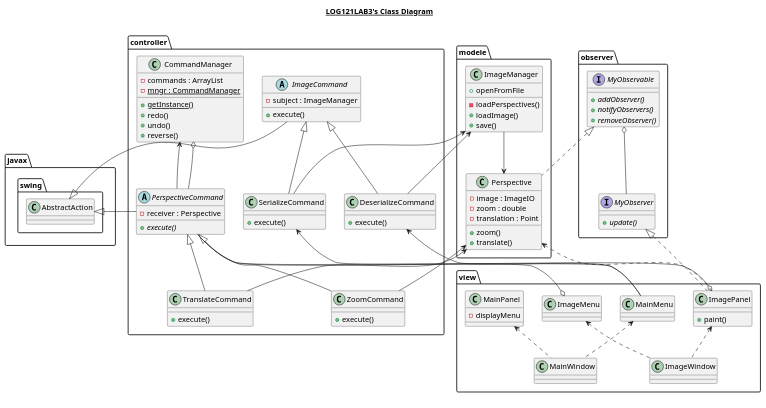
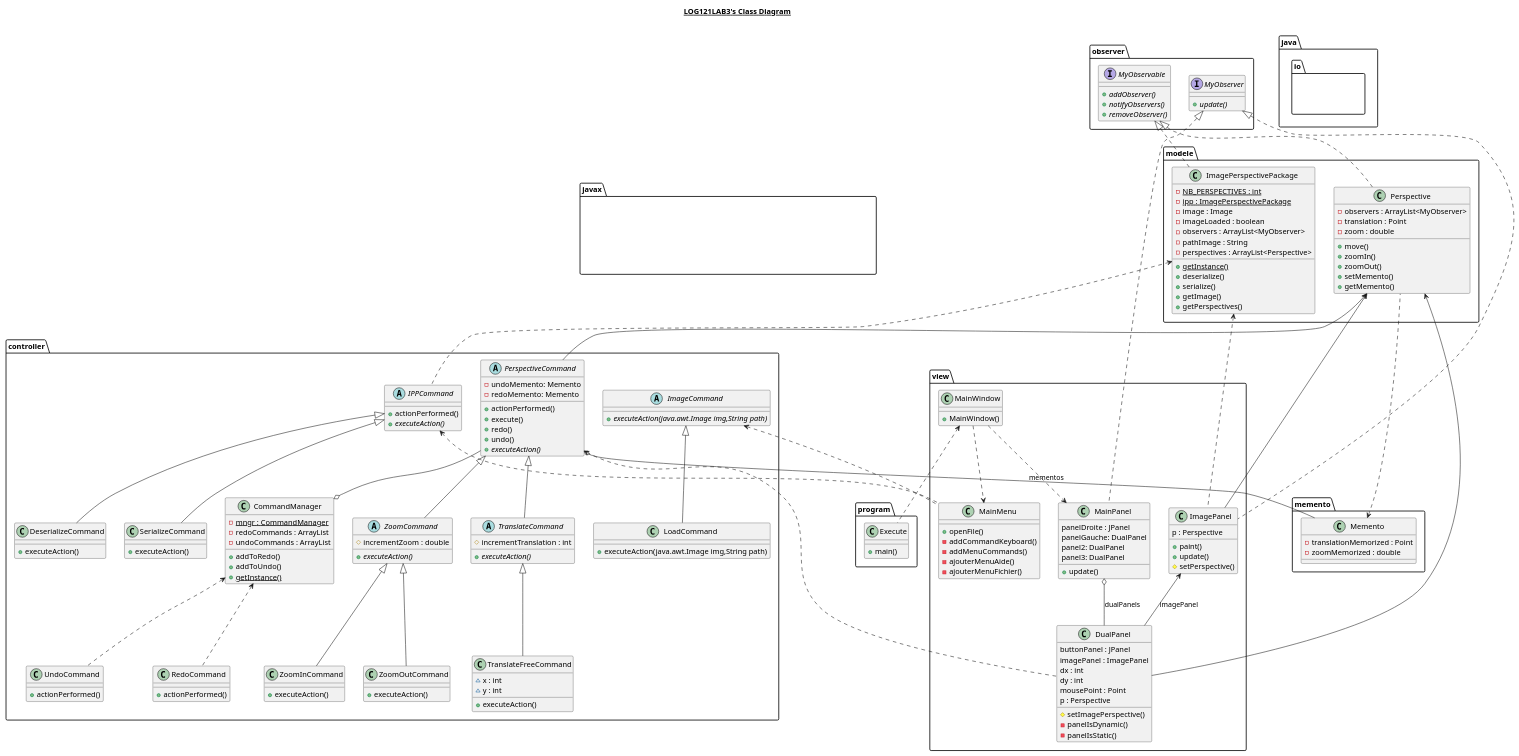
Before and after one commit to ThoLavergne/LOG121Lab3: the diagram in LOG121LAB3.plantuml, drawn with PlantUML. The commit also changed 59 other files, not shown here.

```diff
--- a/LOG121LAB3.plantuml
+++ b/LOG121LAB3.plantuml
@@ -4,81 +4,159 @@
 
   namespace controller {
     class controller.CommandManager {
-    - commands : ArrayList
-            {static} - mngr : CommandManager
+    {static} - mngr : CommandManager
+            - redoCommands : ArrayList
+            - undoCommands : ArrayList
+            + addToRedo()
+            + addToUndo()
             {static} + getInstance()
-            + redo()
-            + undo()
-            + reverse()
     }
   }
   
 
   namespace controller {
-    abstract class controller.PerspectiveCommand {
-        -receiver : Perspective
-        {abstract} +execute()
+      abstract class controller.IPPCommand {
+          + actionPerformed()
+          {abstract} + executeAction()
+      }
     }
-  }
 
-  namespace controller {
-      class controller.DeserializeCommand {
 
-        +execute()
+    namespace controller {
+      abstract class controller.ImageCommand {
+          {abstract} + executeAction(java.awt.Image img,String path)
+      }
+    }
+
+
+    namespace controller {
+      class controller.LoadCommand {
+          + executeAction(java.awt.Image img,String path)
+      }
+    }
+
+
+    namespace controller {
+      abstract class controller.PerspectiveCommand {
+          -undoMemento: Memento
+          -redoMemento: Memento
+          + actionPerformed()
+          + execute()
+          + redo()
+          + undo()
+          {abstract} + executeAction()
+      }
+    }
+
+
+    namespace controller {
+      class controller.RedoCommand {
+          + actionPerformed()
+      }
+    }
+
+
+    namespace controller {
+      class controller.SerializeCommand {
+          + executeAction()
       }
     }
 
     namespace controller {
-          class controller.SerializeCommand {
+          class controller.DeserializeCommand {
+              + executeAction()
+          }
+        }
 
-            +execute()
-          }
-     }
-  
 
-  namespace controller {
-    class controller.TranslateCommand {
-        +execute()
+    namespace controller {
+      abstract class controller.TranslateCommand {
+          # incrementTranslation : int
+          {abstract} + executeAction()
+      }
     }
-  }
 
-  namespace controller {
-      abstract class controller.ImageCommand {
-      -subject : ImageManager
-          +execute()
+
+    namespace controller {
+      class controller.TranslateFreeCommand {
+          ~ x : int
+          ~ y : int
+          + executeAction()
+      }
+    }
+
+
+    namespace controller {
+      class controller.UndoCommand {
+          + actionPerformed()
+      }
+    }
+
+
+    namespace controller {
+      abstract class controller.ZoomCommand {
+          # incrementZoom : double
+          {abstract} + executeAction()
+      }
+    }
+
+
+    namespace controller {
+      class controller.ZoomInCommand {
+          + executeAction()
+      }
+    }
+
+
+    namespace controller {
+      class controller.ZoomOutCommand {
+          + executeAction()
       }
     }
   
 
-  namespace controller {
-    class controller.ZoomCommand {
-        +execute()
+  namespace memento {
+    class memento.Memento {
+        - translationMemorized : Point
+        - zoomMemorized : double
     }
   }
   
 
   namespace modele {
-    class modele.ImageManager {
-            - loadPerspectives()
-            + loadImage()
-            +save()
-            +openFromFile
+      class modele.ImagePerspectivePackage {
+          {static} - NB_PERSPECTIVES : int
+          {static} - ipp : ImagePerspectivePackage
+          - image : Image
+          - imageLoaded : boolean
+          - observers : ArrayList<MyObserver>
+          - pathImage : String
+          - perspectives : ArrayList<Perspective>
+         {static} + getInstance()
+          + deserialize()
+          + serialize()
+          + getImage()
+          + getPerspectives()
+
+      }
     }
-  }
+
+
+    namespace modele {
+      class modele.Perspective {
+          - observers : ArrayList<MyObserver>
+          - translation : Point
+          - zoom : double
+          + move()
+          + zoomIn()
+          + zoomOut()
+          + setMemento()
+          + getMemento()
+      }
+    }
   
 
-  namespace modele {
-    class modele.Perspective {
-    - image : ImageIO
-    - zoom : double
-    - translation : Point
-        +zoom()
-        +translate()
-    }
-  }
-  
-
-    namespace observer {
+   namespace observer {
       interface observer.MyObservable {
           {abstract} + addObserver()
           {abstract} + notifyObservers()
@@ -95,81 +173,110 @@
   
 
   namespace program {
-    class program.Program {
+    class program.Execute {
+        +main()
     }
   }
   
 
   namespace view {
-    class view.ImageMenu {
+      class view.DualPanel {
+          buttonPanel : JPanel
+          imagePanel : ImagePanel
+          dx : int
+          dy : int
+          mousePoint : Point
+          p : Perspective
+          # setImagePerspective()
+          - panelIsDynamic()
+          - panelIsStatic()
+      }
     }
-  }
+
+
+    namespace view {
+      class view.ImagePanel {
+          p : Perspective
+          + paint()
+          + update()
+          # setPerspective()
+      }
+    }
+
+
+    namespace view {
+      class view.MainMenu {
+          + openFile()
+          - addCommandKeyboard()
+          - addMenuCommands()
+          - ajouterMenuAide()
+          - ajouterMenuFichier()
+      }
+    }
+
+
+    namespace view {
+      class view.MainPanel {
+          panelDroite : JPanel
+          panelGauche: DualPanel
+          panel2: DualPanel
+          panel3: DualPanel
+          + update()
+      }
+    }
+
+
+    namespace view {
+      class view.MainWindow {
+          + MainWindow()
+      }
+    }
   
 
-  namespace view {
-    class view.ImagePanel {
-        +paint()
-    }
-  }
-  
+  controller.DeserializeCommand -up-|> controller.IPPCommand
+  controller.IPPCommand -up-|> javax.swing.AbstractAction
+  controller.LoadCommand -up-|> controller.ImageCommand
+  controller.PerspectiveCommand -up-|> javax.swing.AbstractAction
+  controller.PerspectiveCommand -up-> modele.Perspective
+  controller.PerspectiveCommand o-- memento.Memento : mementos
+  controller.RedoCommand -up-|> javax.swing.AbstractAction
+  controller.SerializeCommand -up-|> controller.IPPCommand
+  controller.TranslateCommand -up-|> controller.PerspectiveCommand
+  controller.TranslateFreeCommand -up-|> controller.TranslateCommand
+  controller.UndoCommand -up-|> javax.swing.AbstractAction
+  controller.ZoomCommand -up-|> controller.PerspectiveCommand
+  controller.ZoomInCommand -up-|> controller.ZoomCommand
+  controller.ZoomOutCommand -up-|> controller.ZoomCommand
+  modele.ImagePerspectivePackage .up.|> java.io.Serializable
+  modele.ImagePerspectivePackage .up.|> observer.MyObservable
+  modele.Perspective .up.|> java.io.Serializable
+  modele.Perspective .up.|> observer.MyObservable
+  view.DualPanel -up-|> javax.swing.JPanel
+  view.DualPanel -up-> view.ImagePanel : imagePanel
+  view.DualPanel -up-> modele.Perspective
+  view.ImagePanel .up.|> observer.MyObserver
+  view.ImagePanel -up-|> javax.swing.JPanel
+  view.ImagePanel -up-> modele.Perspective
+  view.MainMenu -up-|> javax.swing.JMenuBar
+  view.MainPanel .up.|> observer.MyObserver
+  view.MainPanel -up-|> javax.swing.JPanel
+  view.MainPanel o-- view.DualPanel : dualPanels
+  view.MainWindow -up-|> javax.swing.JFrame
+  program.Execute .up.> view.MainWindow
+  view.MainPanel <.up. view.MainWindow
+  view.MainMenu <.up. view.MainWindow
+  controller.RedoCommand .up.> controller.CommandManager
+  controller.UndoCommand .up.> controller.CommandManager
+  controller.PerspectiveCommand --o controller.CommandManager
+  view.DualPanel .up.> controller.PerspectiveCommand
+  view.MainMenu .up.> controller.IPPCommand
+  view.MainMenu .up.> controller.ImageCommand
+  controller.IPPCommand .up.> modele.ImagePerspectivePackage
+  view.ImagePanel .up.> modele.ImagePerspectivePackage
+  modele.Perspective .up.> memento.Memento
 
-  namespace view {
-    class view.ImageWindow {
-    }
-  }
-  
 
-  namespace view {
-    class view.MainPanel {
-        -displayMenu
-    }
-  }
-  
-
-  namespace view {
-    class view.MainWindow {
-    }
-  }
-
-  namespace view {
-      class view.MainMenu {
-      }
-  }
-
-  
-
-  controller.PerspectiveCommand -up-|> javax.swing.AbstractAction
-  controller.TranslateCommand -up-|> controller.PerspectiveCommand
-  controller.ZoomCommand -up-|> controller.PerspectiveCommand
-  modele.Perspective .up.|> observer.MyObservable
-  view.ImagePanel .up.|> observer.MyObserver
-  controller.TranslateCommand -up-> modele.Perspective
-  controller.ZoomCommand -up-> modele.Perspective
-  controller.PerspectiveCommand -up-> controller.CommandManager
-  controller.PerspectiveCommand --o controller.CommandManager
-  view.MainWindow .up.> view.MainPanel
-  view.MainWindow .up.> view.MainMenu
-  view.ImageWindow .up.> view.ImagePanel
-  view.ImageWindow .up.> view.ImageMenu
-  observer.MyObservable o-- observer.MyObserver
-  view.ImagePanel .up.> modele.Perspective
-  view.ImageMenu o-- controller.PerspectiveCommand
-  view.ImagePanel o-- controller.PerspectiveCommand
-  modele.ImageManager --> modele.Perspective
-  view.MainMenu -up-> controller.DeserializeCommand
-  controller.DeserializeCommand -up-> modele.ImageManager
-   controller.DeserializeCommand -up-|> controller.ImageCommand
-   controller.SerializeCommand -up-|> controller.ImageCommand
-   javax.swing.AbstractAction <|-up- controller.ImageCommand
-   controller.SerializeCommand -up-> modele.ImageManager
-    view.MainMenu -up-> controller.SerializeCommand
-
-  hide program
-  hide javax.swing.JPanel
-  hide javax.swing.JFrame
-
-right footer
-
-endfooter
+hide java.io.Serializable
+hide javax.swing
 
 @enduml
```
